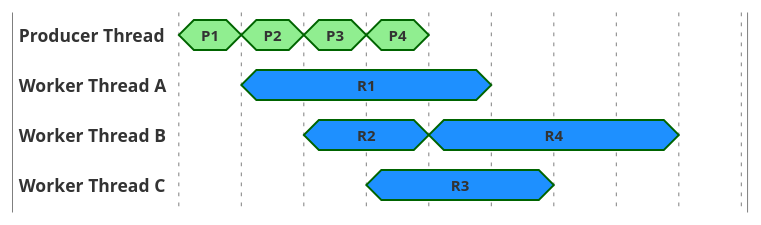
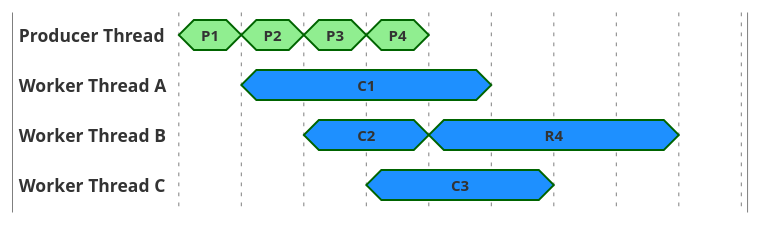
The second of 4 diagrams in documentation/jetty/modules/programming-guide/pages/arch/threads.adoc (jetty/jetty.project), drawn with PlantUML before and after one commit. The commit also changed other lines of this file, not shown here.

```diff
--- a/documentation/jetty/modules/programming-guide/pages/arch/threads.adoc
+++ b/documentation/jetty/modules/programming-guide/pages/arch/threads.adoc
@@ -77,30 +77,30 @@
 [plantuml]
 ----
 skinparam backgroundColor transparent
 
 compact concise "Producer Thread" as PT
 compact concise "Worker Thread A" as WT1
 compact concise "Worker Thread B" as WT2
 compact concise "Worker Thread C" as WT3
 hide time-axis
 
 @PT
 0 is P1 #lightgreen
 1 is P2 #lightgreen
 2 is P3 #lightgreen
 3 is P4 #lightgreen
 4 is {hidden}
 
 @WT1
-1 is R1 #dodgerblue
+1 is C1 #dodgerblue
 5 is {hidden}
 
 @WT2
-2 is R2 #dodgerblue
+2 is C2 #dodgerblue
 4 is R4 #dodgerblue
 8 is {hidden}
 
 @WT3
-3 is R3 #dodgerblue
+3 is C3 #dodgerblue
 6 is {hidden}
 ----
```
